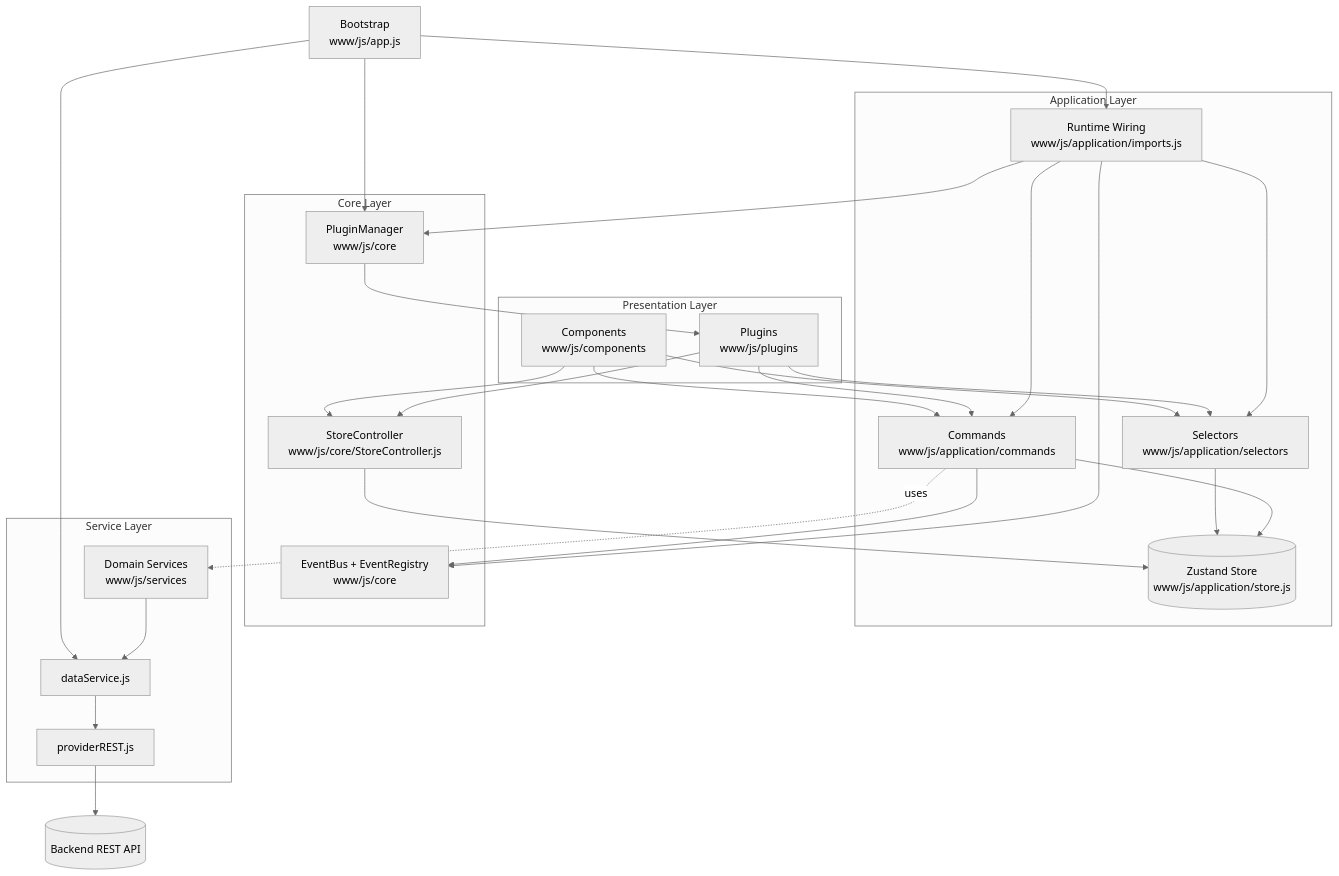
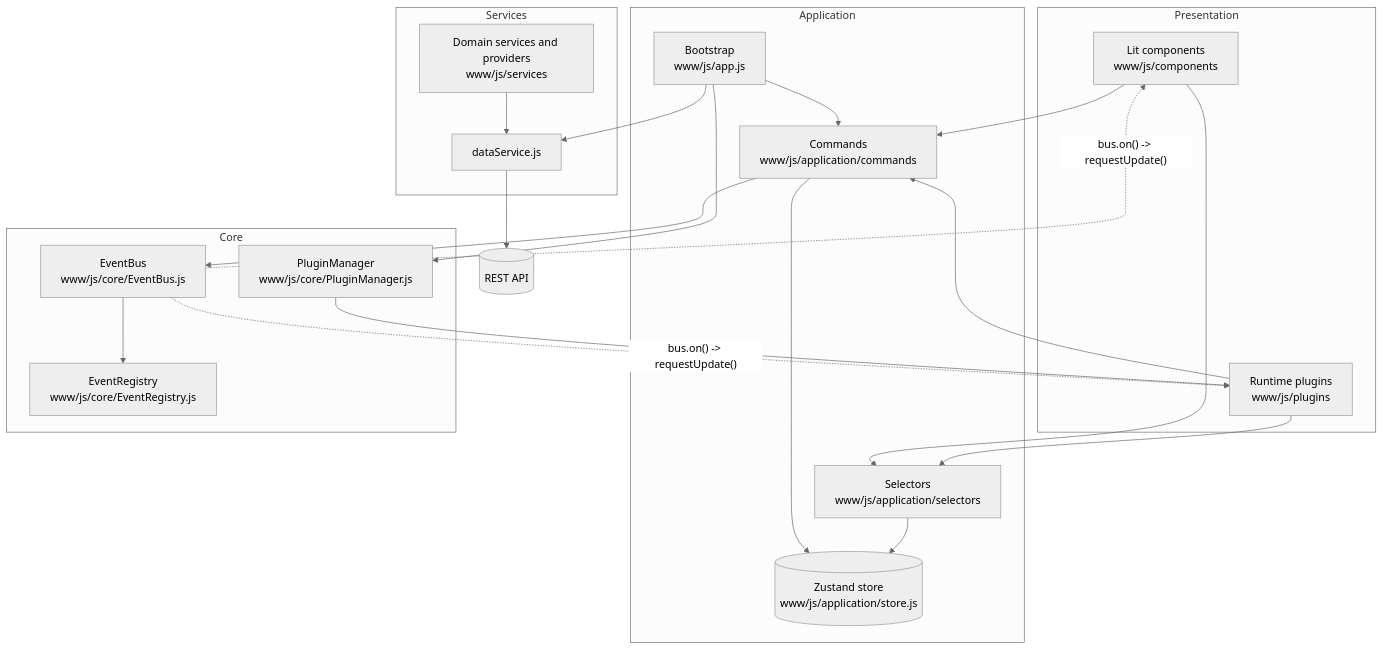
One commit to kpoppel/PlannerTool changed the second of 4 diagrams in docs/ARCHITECTURE.md. Above: the diagram before and after it, drawn with Mermaid (neutral theme). The commit also changed other lines of this file and 4 other files, not shown here.

````diff
--- a/docs/ARCHITECTURE.md
+++ b/docs/ARCHITECTURE.md
@@ -96,49 +73,44 @@
 ```mermaid
 flowchart TD
-    subgraph Presentation[Presentation Layer]
-        Comp[Components\nwww/js/components]
-        Plugins[Plugins\nwww/js/plugins]
+    subgraph Presentation
+        Comp[Lit components\nwww/js/components]
+        Plugins[Runtime plugins\nwww/js/plugins]
     end
 
-    subgraph AppLayer[Application Layer]
+    subgraph Application
         Cmd[Commands\nwww/js/application/commands]
         Sel[Selectors\nwww/js/application/selectors]
-        Store[(Zustand Store\nwww/js/application/store.js)]
-        Runtime[Runtime Wiring\nwww/js/application/imports.js]
+        Store[(Zustand store\nwww/js/application/store.js)]
+        Boot[Bootstrap\nwww/js/app.js]
     end
 
-    subgraph Core[Core Layer]
-        Bus[EventBus + EventRegistry\nwww/js/core]
-        PM[PluginManager\nwww/js/core]
-        SC[StoreController\nwww/js/core/StoreController.js]
+    subgraph Core
+        Bus[EventBus\nwww/js/core/EventBus.js]
+        Registry[EventRegistry\nwww/js/core/EventRegistry.js]
+        PM[PluginManager\nwww/js/core/PluginManager.js]
     end
 
-    subgraph Services[Service Layer]
-        DomainSvc[Domain Services\nwww/js/services]
+    subgraph Services
         DataSvc[dataService.js]
-        REST[providerREST.js]
+        DomainSvc[Domain services and providers\nwww/js/services]
     end
 
-    API[(Backend REST API)]
-    AppBoot[Bootstrap\nwww/js/app.js]
+    API[(REST API)]
 
-    Comp --> SC --> Store
-    Plugins --> SC
+    Boot --> Cmd
+    Boot --> PM
+    Boot --> DataSvc
     Comp --> Cmd
     Plugins --> Cmd
     Comp --> Sel
     Plugins --> Sel
+    Cmd --> Store
     Sel --> Store
-    Cmd --> Store
     Cmd --> Bus
-    Runtime --> Cmd
-    Runtime --> Sel
-    Runtime --> Bus
-    Runtime --> PM
-    AppBoot --> Runtime
-    AppBoot --> PM
-    AppBoot --> DataSvc
-    Cmd -. uses .-> DomainSvc
-    DomainSvc --> DataSvc --> REST --> API
+    Bus -.->|"bus.on() -> requestUpdate()"| Comp
+    Bus -.->|"bus.on() -> requestUpdate()"| Plugins
+    Bus --> Registry
     PM --> Plugins
+    DataSvc --> API
+    DomainSvc --> DataSvc
 ```
````
